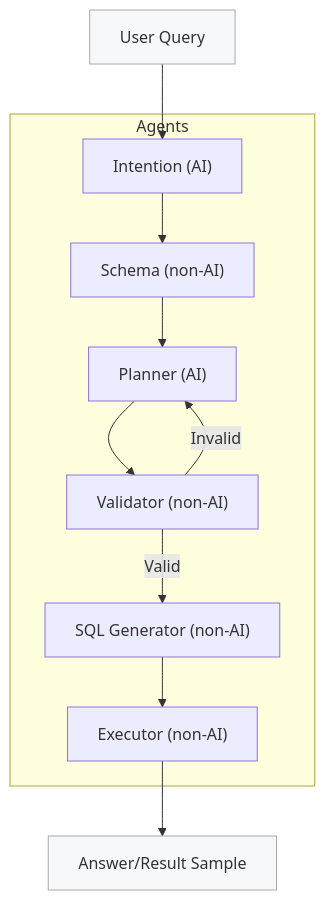
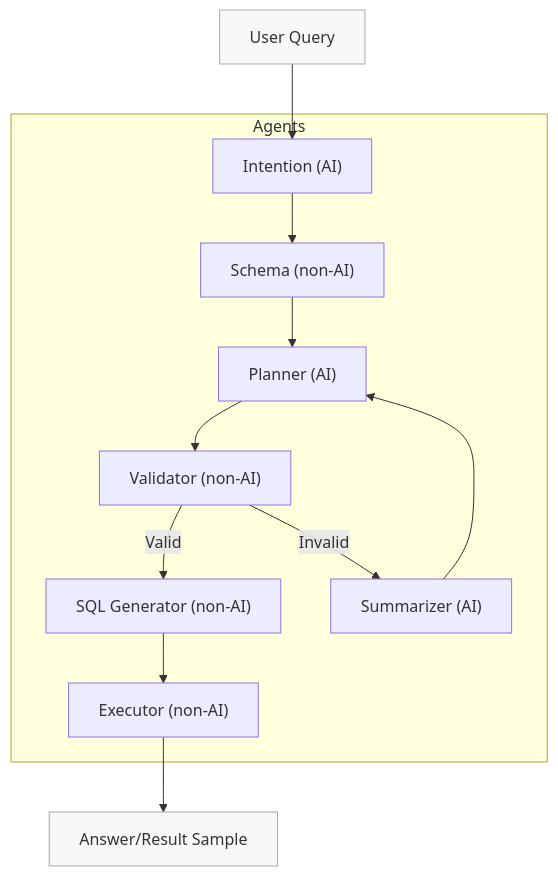
Before and after one commit to nadeem4/nl2sql: the diagram in README.md, drawn with Mermaid. The commit also changed other lines of this file and 5 other files, not shown here.

````diff
--- a/README.md
+++ b/README.md
@@ -176,21 +238,23 @@
 ```mermaid
 flowchart TD
   user["User Query"] --> intent["Intention (AI)"]
   intent --> schema["Schema (non-AI)"]
   schema --> planner["Planner (AI)"]
   planner --> validator["Validator (non-AI)"]
   validator -- Valid --> generator["SQL Generator (non-AI)"]
-  validator -- Invalid --> planner
+  validator -- Invalid --> summarizer["Summarizer (AI)"]
+  summarizer --> planner
   generator --> executor["Executor (non-AI)"]
   executor --> answer["Answer/Result Sample"]
   subgraph Agents
     intent
     schema
     planner
     validator
+    summarizer
     generator
     executor
   end
   style user fill:#f6f8fa,stroke:#aaa
   style answer fill:#f6f8fa,stroke:#aaa
 ```
````
